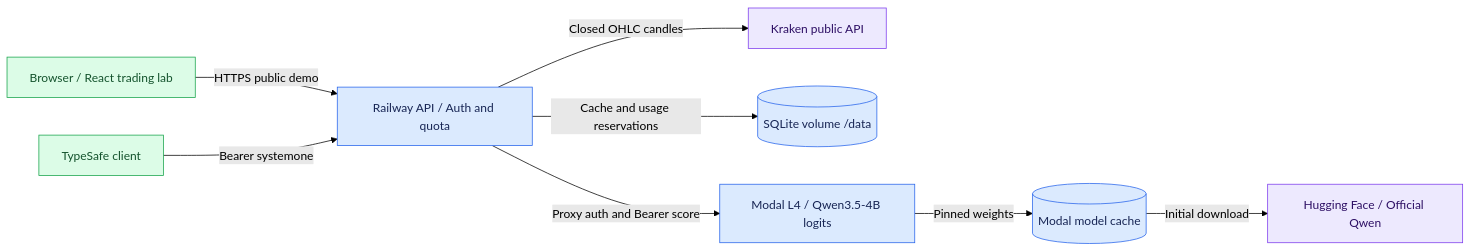
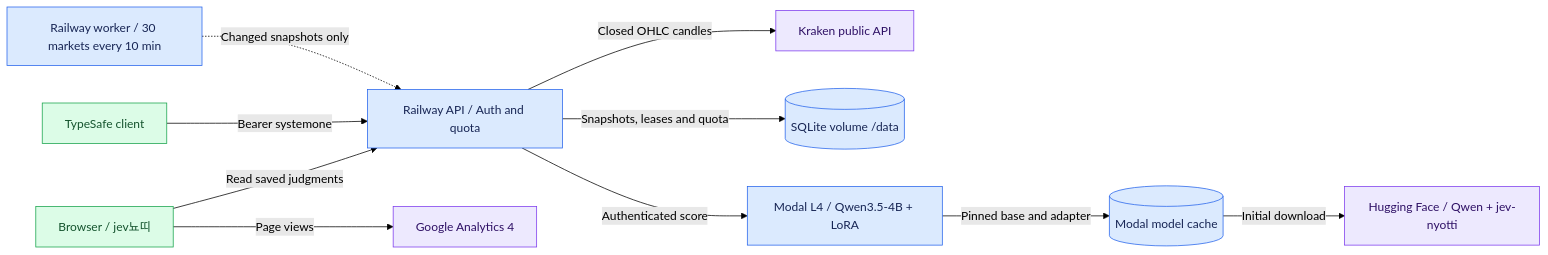
The diagram in diagrams/runtime.mmd (guzus/jev-nyotti), drawn with Mermaid (forest theme) before and after one commit. The commit also changed 15 other files, not shown here.

```diff
--- a/diagrams/runtime.mmd
+++ b/diagrams/runtime.mmd
@@ -1,14 +1,16 @@
 flowchart LR
-  browser["Browser / React trading lab"] -->|HTTPS public demo| api["Railway API / Auth and quota"]
+  browser["Browser / jev뇨띠"] -->|Read saved judgments| api["Railway API / Auth and quota"]
+  browser -->|Page views| ga["Google Analytics 4"]
   client["TypeSafe client"] -->|Bearer systemone| api
+  worker["Railway worker / 30 markets every 10 min"] -.->|Changed snapshots only| api
   api -->|Closed OHLC candles| market["Kraken public API"]
-  api -->|Cache and usage reservations| db[("SQLite volume /data")]
-  api -->|Proxy auth and Bearer score| gpu["Modal L4 / Qwen3.5-4B logits"]
-  gpu -->|Pinned weights| cache[("Modal model cache")]
-  cache -->|Initial download| hf["Hugging Face / Official Qwen"]
+  api -->|Snapshots, leases and quota| db[("SQLite volume /data")]
+  api -->|Authenticated score| gpu["Modal L4 / Qwen3.5-4B + LoRA"]
+  gpu -->|Pinned base and adapter| cache[("Modal model cache")]
+  cache -->|Initial download| hf["Hugging Face / Qwen + jev-nyotti"]
   classDef platform fill:#dbeafe,stroke:#2563eb,color:#172554
   classDef external fill:#ede9fe,stroke:#7c3aed,color:#2e1065
   classDef app fill:#dcfce7,stroke:#16a34a,color:#14532d
   class browser,client app
-  class api,db,gpu,cache platform
-  class market,hf external
+  class api,db,gpu,cache,worker platform
+  class market,hf,ga external
```
